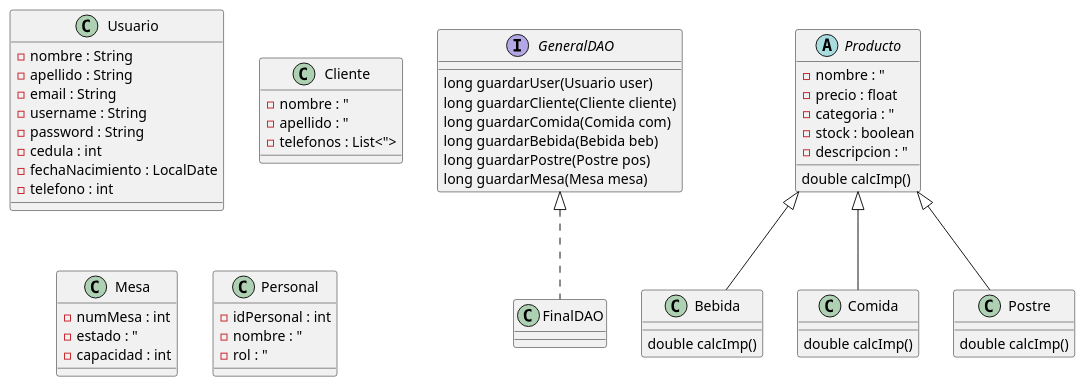
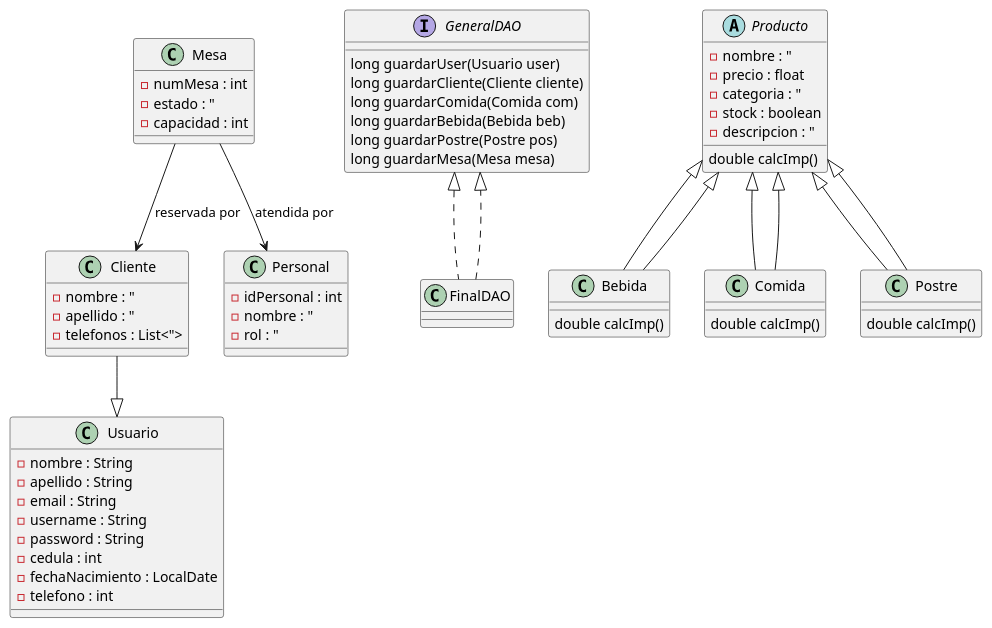
Before and after one commit to MrLuksR/Proyecto-Final-Restaurante: the diagram in src/Diagrama UML.puml, drawn with PlantUML. The commit also changed 1 other file, not shown here.

Commit message:
UML modificado

```diff
--- a/src/Diagrama UML.puml
+++ b/src/Diagrama UML.puml
@@ -1,63 +1,75 @@
 @startuml
 
 class Usuario{
     - nombre : String
     - apellido : String
     - email : String
     - username : String
     - password : String
     - cedula : int
     - fechaNacimiento : LocalDate
     - telefono : int
 }
 
 interface GeneralDAO{
     long guardarUser(Usuario user)
     long guardarCliente(Cliente cliente)
     long guardarComida(Comida com)
     long guardarBebida(Bebida beb)
     long guardarPostre(Postre pos)
     long guardarMesa(Mesa mesa)
 }
 
 class FinalDAO implements GeneralDAO{}
 
 class Cliente {
     - nombre : "
     - apellido : "
     - telefonos : List<">
 }
 
 class Mesa {
     - numMesa : int
     - estado : "
     - capacidad : int
 }
 
 class Personal {
     - idPersonal : int
     - nombre : "
     - rol : "
 }
 
 abstract class Producto {
     - nombre : "
     - precio : float
     - categoria : "
     - stock : boolean
     - descripcion : "
     double calcImp()
 }
 
 class Bebida extends Producto{
     double calcImp()
 }
 
 class Comida extends Producto{
     double calcImp()
 }
 
 class Postre extends Producto{
     double calcImp()
 }
+
+' ==== RELACIONES ====
+Cliente --|> Usuario
+FinalDAO ..|> GeneralDAO
+
+Producto <|-- Bebida
+Producto <|-- Comida
+Producto <|-- Postre
+
+Mesa --> Cliente : reservada por
+Mesa --> Personal : atendida por
+
 @enduml
```
